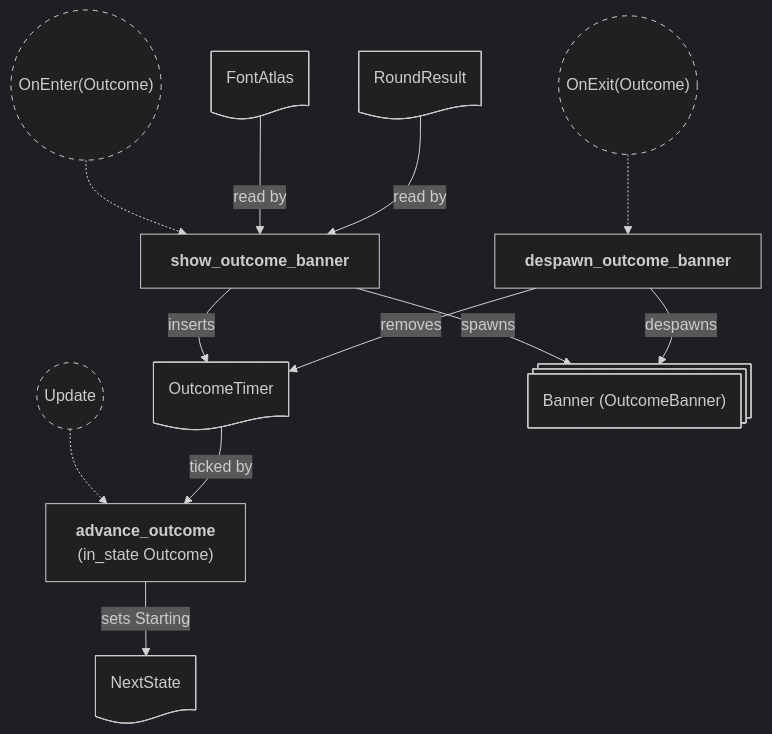
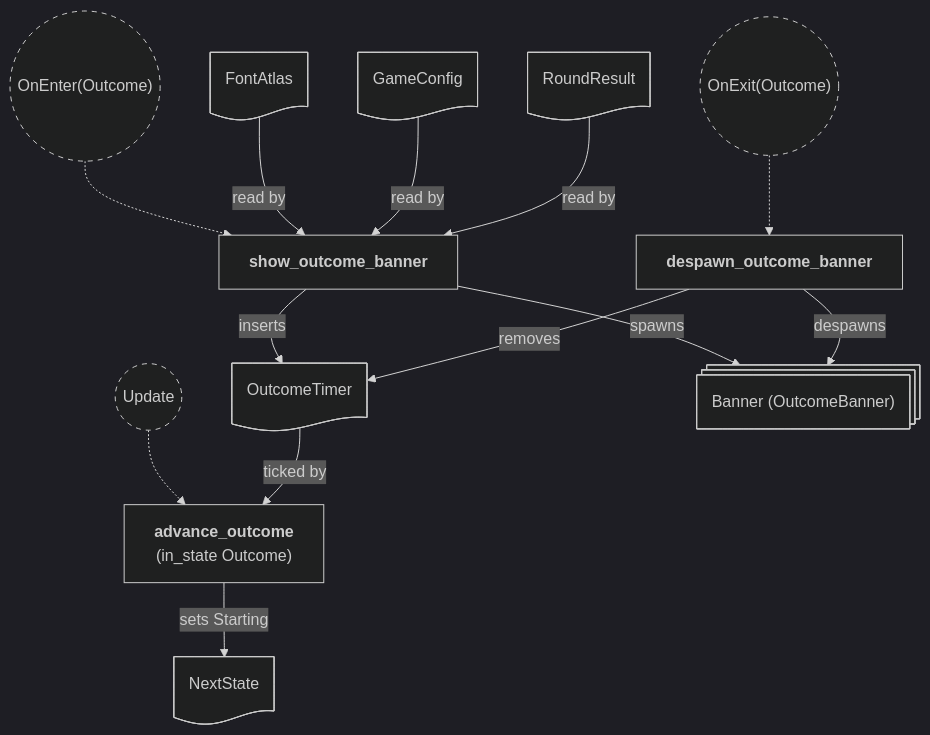
The diagram in backlog/docs/doc-18 - 016-Round-outcome.md (neurosoup/tyled), drawn with Mermaid before and after one commit. The commit also changed other lines of this file and 29 other files, not shown here.

First line of the commit message:
Feat: consolidate tunable constants into a hot-reloadable RON game config

````diff
--- a/backlog/docs/doc-18 - 016-Round-outcome.md
+++ b/backlog/docs/doc-18 - 016-Round-outcome.md
@@ -63,37 +64,39 @@
 ```mermaid
 ---
 config:
   theme: dark
 ---
 
 flowchart TD
 classDef system-group stroke-dasharray: 5 5
 
 on_outcome(("`OnEnter(Outcome)`")):::system-group
 update(("`Update`")):::system-group
 on_exit(("`OnExit(Outcome)`")):::system-group
 
 show["`**show_outcome_banner**`"]
 advance["`**advance_outcome**
 (in_state Outcome)`"]
 despawn["`**despawn_outcome_banner**`"]
 
 on_outcome -.-> show
 update -.-> advance
 on_exit -.-> despawn
 
 font_res@{ shape: doc, label: "FontAtlas" }
+config_res@{ shape: doc, label: "GameConfig" }
 result_res@{ shape: doc, label: "RoundResult" }
 timer_res@{ shape: doc, label: "OutcomeTimer" }
 next_state@{ shape: doc, label: "NextState<RoundPhase>" }
 banner_entity@{ shape: st-rect, label: "Banner (OutcomeBanner)" }
 
 font_res --> |read by| show
+config_res --> |read by| show
 result_res --> |read by| show
 show --> |inserts| timer_res
 show --> |spawns| banner_entity
 timer_res --> |ticked by| advance
 advance --> |sets Starting| next_state
 despawn --> |despawns| banner_entity
 despawn --> |removes| timer_res
 ```
````
